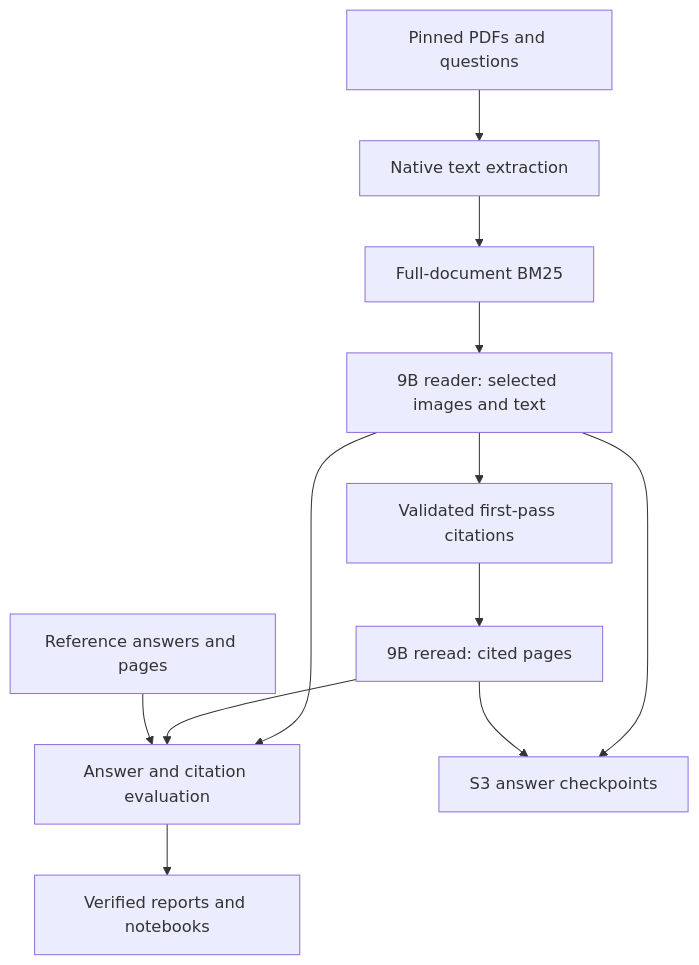
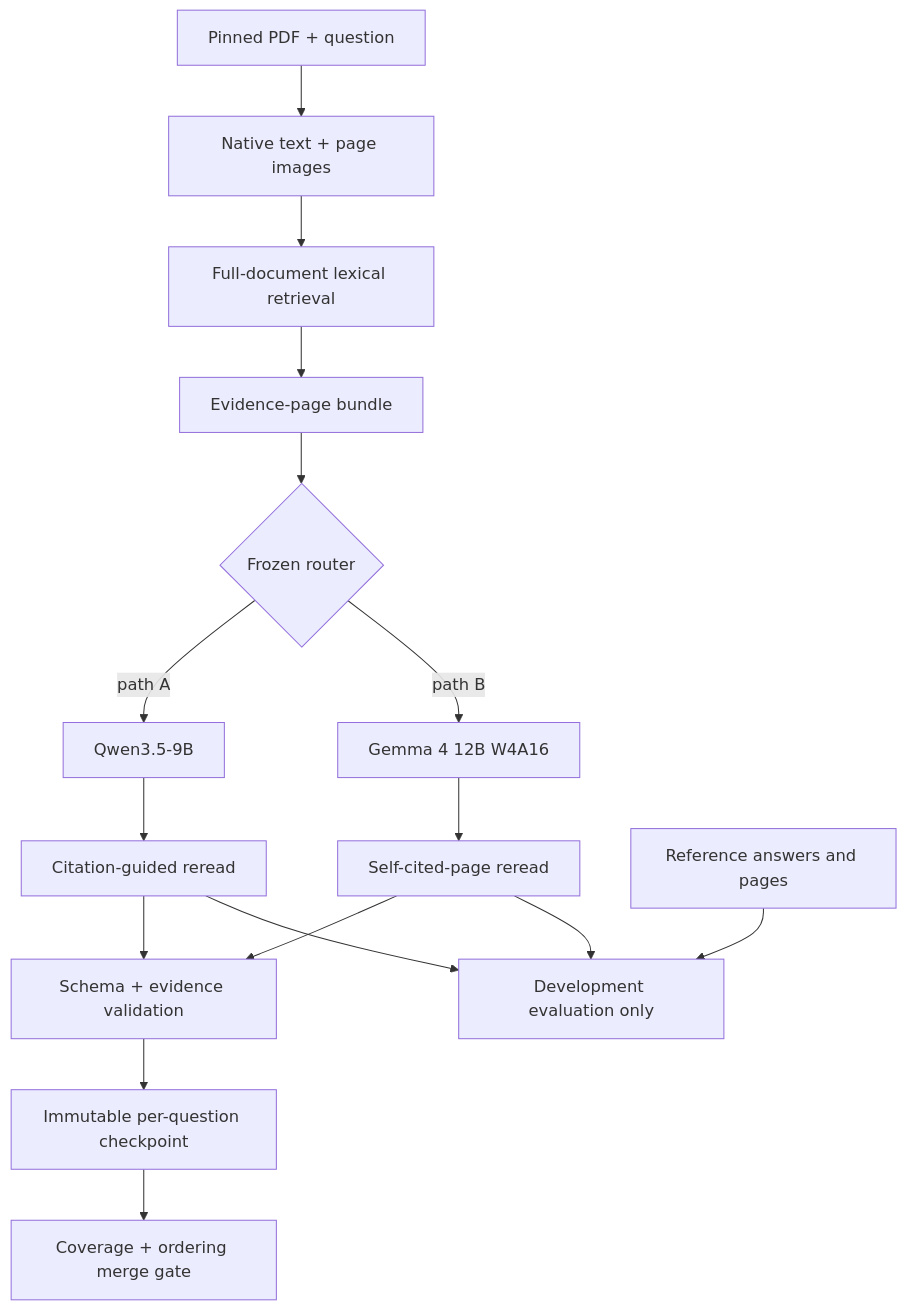
The diagram in docs/architecture.md (alvaromendizabal/lava-aws-multilingual-docvqa), drawn with Mermaid before and after one commit. The commit also changed other lines of this file, not shown here.

Commit message:
Modernize architecture around routed multimodal inference

````diff
--- a/docs/architecture.md
+++ b/docs/architecture.md
@@ -5,14 +7,18 @@
 ```mermaid
 flowchart TD
-    P["Pinned PDFs and questions"] --> T["Native text extraction"]
-    T --> B["Full-document BM25"]
-    B --> R["9B reader: selected images and text"]
-    R --> C["Validated first-pass citations"]
-    C --> S["9B reread: cited pages"]
-    R --> E["Answer and citation evaluation"]
-    S --> E
-    G["Reference answers and pages"] --> E
-    E --> N["Verified reports and notebooks"]
-    R --> K["S3 answer checkpoints"]
-    S --> K
+    A["Pinned PDF + question"] --> B["Native text + page images"]
+    B --> C["Full-document lexical retrieval"]
+    C --> D["Evidence-page bundle"]
+    D --> R{"Frozen router"}
+    R -->|path A| Q["Qwen3.5-9B"]
+    Q --> QR["Citation-guided reread"]
+    R -->|path B| G["Gemma 4 12B W4A16"]
+    G --> GR["Self-cited-page reread"]
+    QR --> V["Schema + evidence validation"]
+    GR --> V
+    V --> K["Immutable per-question checkpoint"]
+    K --> M["Coverage + ordering merge gate"]
+    REF["Reference answers and pages"] --> E["Development evaluation only"]
+    QR --> E
+    GR --> E
 ```
````
